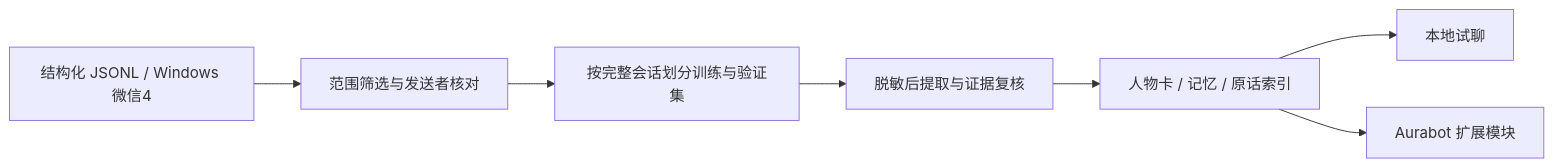
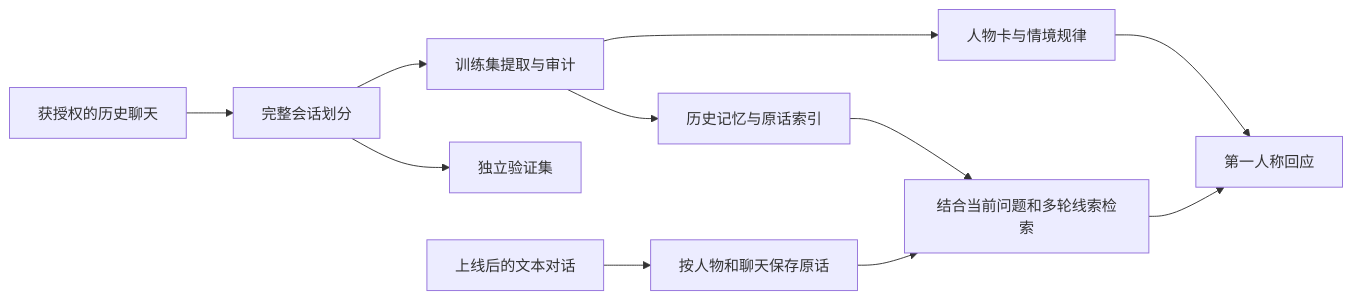
Before and after one commit to Accelerate11/wechat-persona-skill: the diagram in README.md, drawn with Mermaid. The commit also changed other lines of this file and 1 other file, not shown here.

````diff
--- a/README.md
+++ b/README.md
@@ -7,9 +130,13 @@
 ```mermaid
 flowchart LR
-  A[结构化 JSONL / Windows 微信4] --> B[范围筛选与发送者核对]
-  B --> C[按完整会话划分训练与验证集]
-  C --> D[脱敏后提取与证据复核]
-  D --> E[人物卡 / 记忆 / 原话索引]
-  E --> F[本地试聊]
-  E --> G[Aurabot 扩展模块]
+    A[获授权的历史聊天] --> B[完整会话划分]
+    B --> C[训练集提取与审计]
+    B --> H[独立验证集]
+    C --> D[人物卡与情境规律]
+    C --> E[历史记忆与原话索引]
+    N[上线后的文本对话] --> J[按人物和聊天保存原话]
+    D --> R[第一人称回应]
+    E --> Q[结合当前问题和多轮线索检索]
+    J --> Q
+    Q --> R
 ```
````
